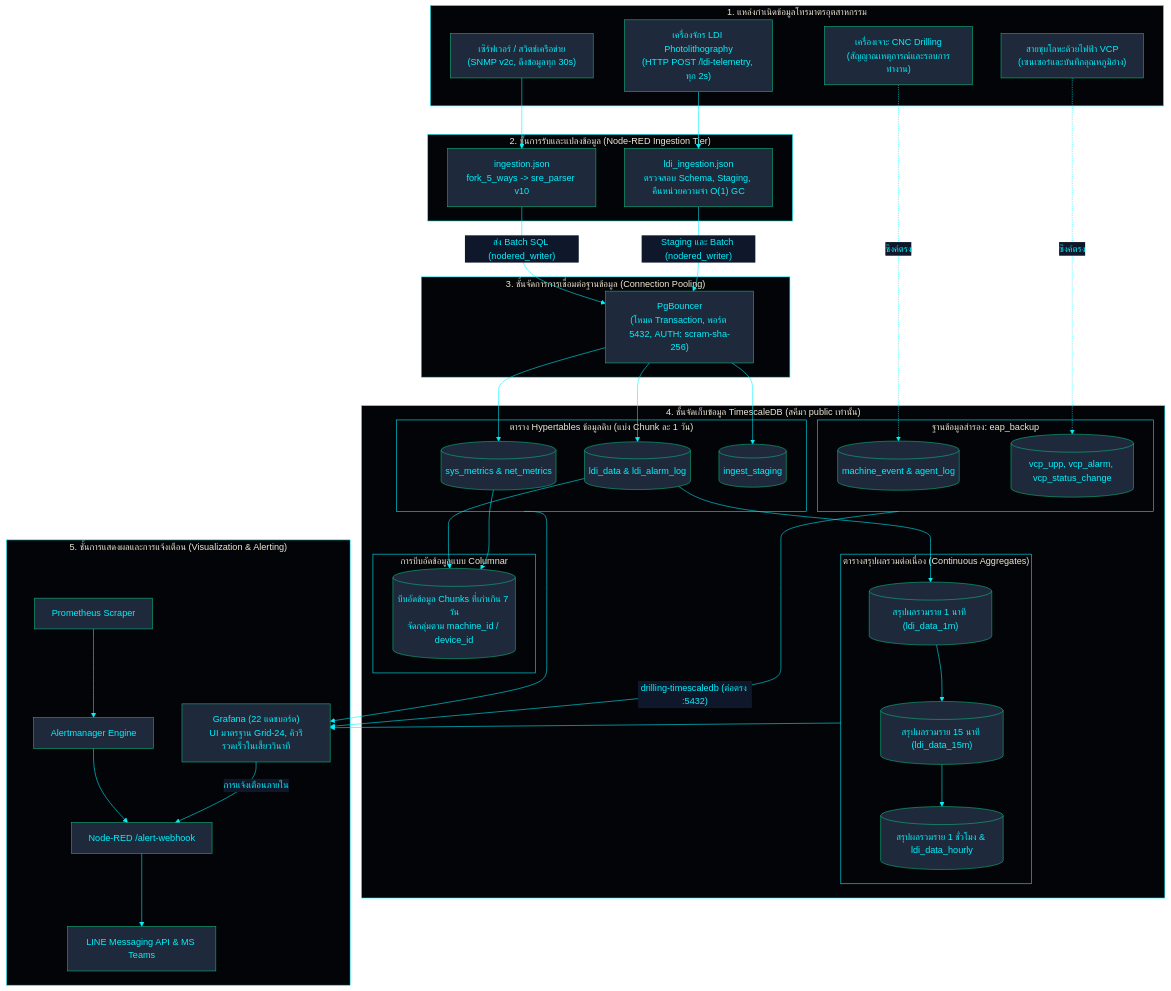
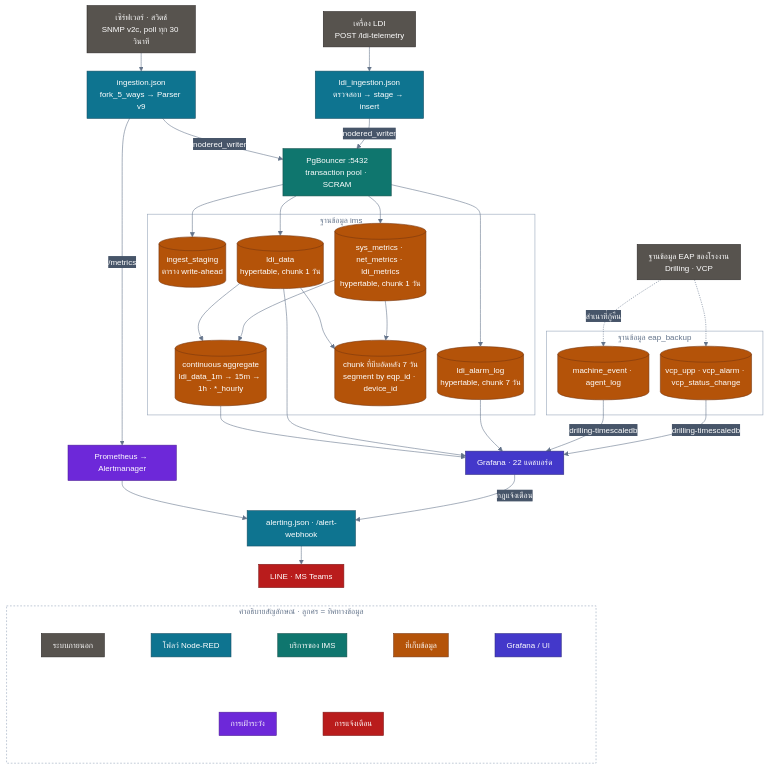
The first of 3 diagrams in th/docs/architecture/DATA_FLOW.md (PATTANAKORN025/IMS), drawn with Mermaid before and after one commit. The commit also changed other lines of this file and 84 other files, not shown here.

First line of the commit message:
docs(diagrams): one verified, accessible standard for every Mermaid diagram

````diff
--- a/th/docs/architecture/DATA_FLOW.md
+++ b/th/docs/architecture/DATA_FLOW.md
@@ -28,69 +28,83 @@
 ```mermaid
-%%{init: {'theme': 'base', 'themeVariables': { 'primaryColor': '#1e293b', 'primaryTextColor': '#00F2FE', 'primaryBorderColor': '#10B981', 'lineColor': '#00F2FE', 'secondaryColor': '#0f172a', 'tertiaryColor': '#0f172a', 'clusterBkg': '#030407', 'clusterBorder': '#00F2FE'}}}%%
+%%{init: {"flowchart": {"nodeSpacing": 20, "rankSpacing": 32, "padding": 10, "wrappingWidth": 150, "curve": "basis"}, "sequence": {"wrap": true, "width": 170, "actorMargin": 36, "boxMargin": 8, "noteMargin": 8, "messageMargin": 30, "mirrorActors": false}, "state": {"padding": 6}, "theme": "base", "themeVariables": {"fontFamily": "Inter, Segoe UI, Helvetica, Arial, sans-serif", "fontSize": "14px", "primaryColor": "#334155", "primaryTextColor": "#ffffff", "primaryBorderColor": "#1e293b", "lineColor": "#64748b", "textColor": "#64748b", "secondaryColor": "#475569", "tertiaryColor": "#f1f5f9", "clusterBkg": "transparent", "clusterBorder": "#94a3b8", "titleColor": "#64748b", "edgeLabelBackground": "#475569", "nodeTextColor": "#ffffff", "noteBkgColor": "#fef3c7", "noteTextColor": "#1e293b", "noteBorderColor": "#d97706", "actorBkg": "#334155", "actorTextColor": "#ffffff", "actorBorder": "#1e293b", "actorLineColor": "#94a3b8", "signalColor": "#64748b", "signalTextColor": "#64748b", "labelBoxBkgColor": "#334155", "labelBoxBorderColor": "#1e293b", "labelTextColor": "#ffffff", "loopTextColor": "#64748b", "activationBkgColor": "#e2e8f0", "sequenceNumberColor": "#ffffff", "stateLabelColor": "#ffffff", "compositeBackground": "transparent", "transitionColor": "#64748b", "transitionLabelColor": "#64748b"}}}%%
 flowchart TB
-  subgraph SOURCES["1. แหล่งกำเนิดข้อมูลโทรมาตรอุตสาหกรรม"]
-    SNMP_DEV["เซิร์ฟเวอร์ / สวิตช์เครือข่าย\n(SNMP v2c, ดึงข้อมูลทุก 30s)"]
-    LDI_DEV["เครื่องจักร LDI Photolithography\n(HTTP POST /ldi-telemetry, ทุก 2s)"]
-    DRL_DEV["เครื่องเจาะ CNC Drilling\n(สัญญาณเหตุการณ์และรอบการทำงาน)"]
-    VCP_DEV["สายชุบโลหะด้วยไฟฟ้า VCP\n(เซนเซอร์และบันทึกอุณหภูมิอ่าง)"]
+  accTitle: การไหลของข้อมูลตั้งแต่ต้นจนจบ
+  accDescr: ข้อมูล SNMP และ LDI เข้าผ่าน Node-RED และ PgBouncer สู่ฐานข้อมูล ims โดย ingest_staging ปกป้อง batch ของ LDI และมี continuous aggregate กับการบีบอัดทำงานอยู่ ข้อมูล Drilling และ VCP อยู่ใน eap_backup Grafana อ่านทั้งสองฐานข้อมูล และการแจ้งเตือนออกผ่าน Node-RED
+
+  SNMP["เซิร์ฟเวอร์ · สวิตช์<br/>SNMP v2c, poll ทุก 30 วินาที"]:::ext
+  LDIM["เครื่อง LDI<br/>POST /ldi-telemetry"]:::ext
+  EAPSRC["ฐานข้อมูล EAP ของโรงงาน<br/>Drilling · VCP"]:::ext
+
+  NRS["ingestion.json<br/>fork_5_ways → Parser v9"]:::flow
+  NRL["ldi_ingestion.json<br/>ตรวจสอบ → stage → insert"]:::flow
+  PGB["PgBouncer :5432<br/>transaction pool · SCRAM"]:::app
+
+  subgraph IMSDB["ฐานข้อมูล ims"]
+    STG[("ingest_staging<br/>ตาราง write-ahead")]:::store
+    HSYS[("sys_metrics · net_metrics · ldi_metrics<br/>hypertable, chunk 1 วัน")]:::store
+    HLDI[("ldi_data<br/>hypertable, chunk 1 วัน")]:::store
+    HALM[("ldi_alarm_log<br/>hypertable, chunk 7 วัน")]:::store
+    CAGG[("continuous aggregate<br/>ldi_data_1m → 15m → 1h · *_hourly")]:::store
+    COMP[("chunk ที่บีบอัดหลัง 7 วัน<br/>segment by eqp_id · device_id")]:::store
+  end
+  subgraph EAPDB["ฐานข้อมูล eap_backup"]
+    EDRL[("machine_event · agent_log")]:::store
+    EVCP[("vcp_upp · vcp_alarm · vcp_status_change")]:::store
   end
 
-  subgraph INGESTION["2. ชั้นการรับและแปลงข้อมูล (Node-RED Ingestion Tier)"]
-    NR_INFRA["ingestion.json\nfork_5_ways -> sre_parser v10"]
-    NR_LDI["ldi_ingestion.json\nตรวจสอบ Schema, Staging, คืนหน่วยความจำ O(1) GC"]
+  GRAF["Grafana · 22 แดชบอร์ด"]:::viz
+  PROM["Prometheus → Alertmanager"]:::obs
+  HOOK["alerting.json · /alert-webhook"]:::flow
+  NOTIFY["LINE · MS Teams"]:::notify
+
+  SNMP --> NRS
+  LDIM --> NRL
+  NRS -->|"nodered_writer"| PGB
+  NRL -->|"nodered_writer"| PGB
+  PGB --> STG
+  PGB --> HSYS
+  PGB --> HLDI
+  PGB --> HALM
+  HLDI --> CAGG
+  HSYS --> CAGG
+  HLDI --> COMP
+  HSYS --> COMP
+  EAPSRC -.->|"สำเนาที่กู้คืน"| EDRL
+  EAPSRC -.-> EVCP
+  CAGG --> GRAF
+  HLDI --> GRAF
+  HALM --> GRAF
+  EDRL -->|"drilling-timescaledb"| GRAF
+  EVCP -->|"drilling-timescaledb"| GRAF
+  NRS -->|"/metrics"| PROM
+  PROM --> HOOK
+  GRAF -->|"กฎแจ้งเตือน"| HOOK
+  HOOK --> NOTIFY
+
+  subgraph LEGEND["คำอธิบายสัญลักษณ์ · ลูกศร = ทิศทางข้อมูล"]
+    direction TB
+    subgraph LEGEND_0[" "]
+      direction LR
+      LG_ext["ระบบภายนอก"]:::ext ~~~ LG_flow["โฟลว์ Node-RED"]:::flow ~~~ LG_app["บริการของ IMS"]:::app ~~~ LG_store["ที่เก็บข้อมูล"]:::store ~~~ LG_viz["Grafana / UI"]:::viz
+    end
+    subgraph LEGEND_1[" "]
+      direction LR
+      LG_obs["การเฝ้าระวัง"]:::obs ~~~ LG_notify["การแจ้งเตือน"]:::notify
+    end
+    LEGEND_0 ~~~ LEGEND_1
   end
-
-  subgraph POOL["3. ชั้นจัดการการเชื่อมต่อฐานข้อมูล (Connection Pooling)"]
-    PGB["PgBouncer\n(โหมด Transaction, พอร์ต 5432, AUTH: scram-sha-256)"]
-  end
-
-  subgraph STORAGE["4. ชั้นจัดเก็บข้อมูล TimescaleDB (สคีมา public เท่านั้น)"]
-    subgraph HYPER["ตาราง Hypertables ข้อมูลดิบ (แบ่ง Chunk ละ 1 วัน)"]
-      HT_SYS[("sys_metrics & net_metrics")]
-      HT_LDI[("ldi_data & ldi_alarm_log")]
-      HT_STG[("ingest_staging")]
-    end
-    subgraph EAP_DB["ฐานข้อมูลสำรอง: eap_backup"]
-      EAP_DRL[("machine_event & agent_log")]
-      EAP_VCP[("vcp_upp, vcp_alarm, vcp_status_change")]
-    end
-    subgraph CAGGS["ตารางสรุปผลรวมต่อเนื่อง (Continuous Aggregates)"]
-      CAGG_1M[("สรุปผลรวมราย 1 นาที (ldi_data_1m)")]
-      CAGG_15M[("สรุปผลรวมราย 15 นาที (ldi_data_15m)")]
-      CAGG_1H[("สรุปผลรวมราย 1 ชั่วโมง & ldi_data_hourly")]
-    end
-    subgraph COMPRESS["การบีบอัดข้อมูลแบบ Columnar"]
-      COL[("บีบอัดข้อมูล Chunks ที่เก่าเกิน 7 วัน\nจัดกลุ่มตาม machine_id / device_id")]
-    end
-  end
-
-  subgraph DISPATCH["5. ชั้นการแสดงผลและการแจ้งเตือน (Visualization & Alerting)"]
-    GRAF["Grafana (22 แดชบอร์ด)\nUI มาตรฐาน Grid-24, คิวรีรวดเร็วในเสี้ยววินาที"]
-    PROM["Prometheus Scraper"]
-    AM["Alertmanager Engine"]
-    WH["Node-RED /alert-webhook"]
-    NOTIF["LINE Messaging API & MS Teams"]
-  end
-
-  SNMP_DEV --> NR_INFRA
-  LDI_DEV --> NR_LDI
-  DRL_DEV -.->|"ซิงค์ตรง"| EAP_DRL
-  VCP_DEV -.->|"ซิงค์ตรง"| EAP_VCP
-
-  NR_INFRA -->|"ส่ง Batch SQL (nodered_writer)"| PGB
-  NR_LDI -->|"Staging และ Batch (nodered_writer)"| PGB
-
-  PGB --> HT_SYS
-  PGB --> HT_LDI
-  PGB --> HT_STG
-
-  HT_LDI --> CAGG_1M --> CAGG_15M --> CAGG_1H
-  HT_LDI --> COL
-  HT_SYS --> COL
-
-  CAGGS --> GRAF
-  HYPER --> GRAF
-  EAP_DB -->|"drilling-timescaledb (ต่อตรง :5432)"| GRAF
-  PROM --> AM --> WH --> NOTIF
-  GRAF -->|"การแจ้งเตือนภายใน"| WH
+  NOTIFY ~~~ LEGEND
+  style LEGEND fill:transparent,stroke:#94a3b8,stroke-dasharray:3 3
+  style LEGEND_0 fill:transparent,stroke:transparent
+  style LEGEND_1 fill:transparent,stroke:transparent
+  classDef actor fill:#475569,stroke:#1e293b,color:#ffffff,stroke-width:1px
+  classDef ext fill:#57534e,stroke:#292524,color:#ffffff,stroke-width:1px
+  classDef ingress fill:#1d4ed8,stroke:#1e3a8a,color:#ffffff,stroke-width:1px
+  classDef app fill:#0f766e,stroke:#134e4a,color:#ffffff,stroke-width:1px
+  classDef flow fill:#0e7490,stroke:#164e63,color:#ffffff,stroke-width:1px
+  classDef store fill:#b45309,stroke:#78350f,color:#ffffff,stroke-width:1px
+  classDef viz fill:#4338ca,stroke:#312e81,color:#ffffff,stroke-width:1px
+  classDef obs fill:#6d28d9,stroke:#4c1d95,color:#ffffff,stroke-width:1px
+  classDef notify fill:#b91c1c,stroke:#7f1d1d,color:#ffffff,stroke-width:1px
+  classDef future fill:#f8fafc,stroke:#94a3b8,color:#475569,stroke-width:1px,stroke-dasharray:4 3
 ```
````
